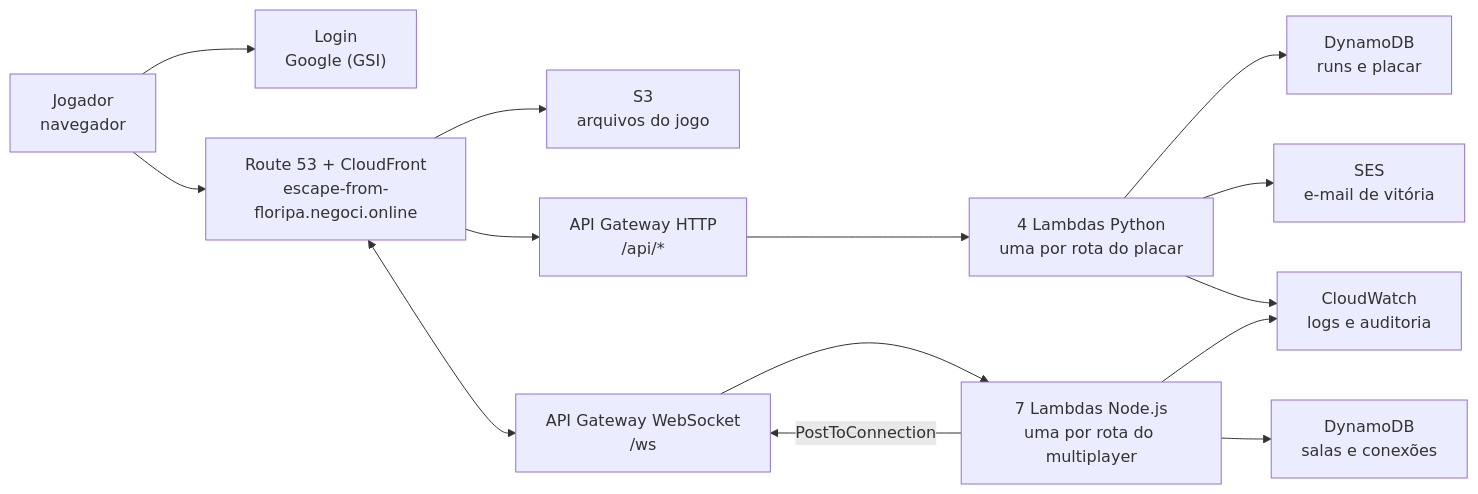
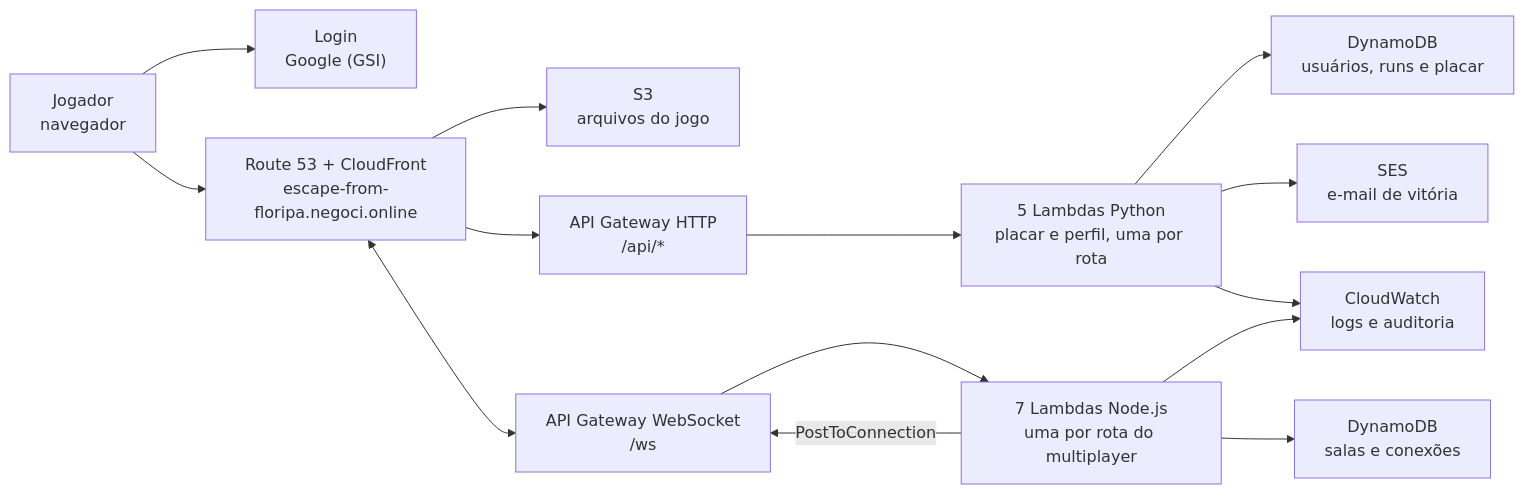
Before and after one commit to tes-victor-lucas/plataforma-c-escape-from-floripa: the diagram in docs/diagrama-nuvem.md, drawn with Mermaid. The commit also changed other lines of this file and 5 other files, not shown here.

Commit message:
docs(perfil): descreve a rota de perfil e a base de usuarios

````diff
--- a/docs/diagrama-nuvem.md
+++ b/docs/diagrama-nuvem.md
@@ -7,29 +7,29 @@
 ```mermaid
 flowchart LR
     J["Jogador<br/>navegador"]
     LOGIN["Login<br/>Google (GSI)"]
     CDN["Route 53 + CloudFront<br/>escape-from-floripa.negoci.online"]
     S3["S3<br/>arquivos do jogo"]
     HTTP["API Gateway HTTP<br/>/api/*"]
     WS["API Gateway WebSocket<br/>/ws"]
-    LP["4 Lambdas Python<br/>uma por rota do placar"]
+    LP["5 Lambdas Python<br/>placar e perfil, uma por rota"]
     LM["7 Lambdas Node.js<br/>uma por rota do multiplayer"]
-    DBP["DynamoDB<br/>runs e placar"]
+    DBP["DynamoDB<br/>usuários, runs e placar"]
     DBM["DynamoDB<br/>salas e conexões"]
     SES["SES<br/>e-mail de vitória"]
     CW["CloudWatch<br/>logs e auditoria"]
 
     J --> LOGIN
     J --> CDN
     CDN --> S3
     CDN --> HTTP
     CDN <--> WS
     HTTP --> LP
     WS --> LM
     LP --> DBP
     LP --> SES
     LM --> DBM
     LM -->|"PostToConnection"| WS
     LP --> CW
     LM --> CW
 ```
````
